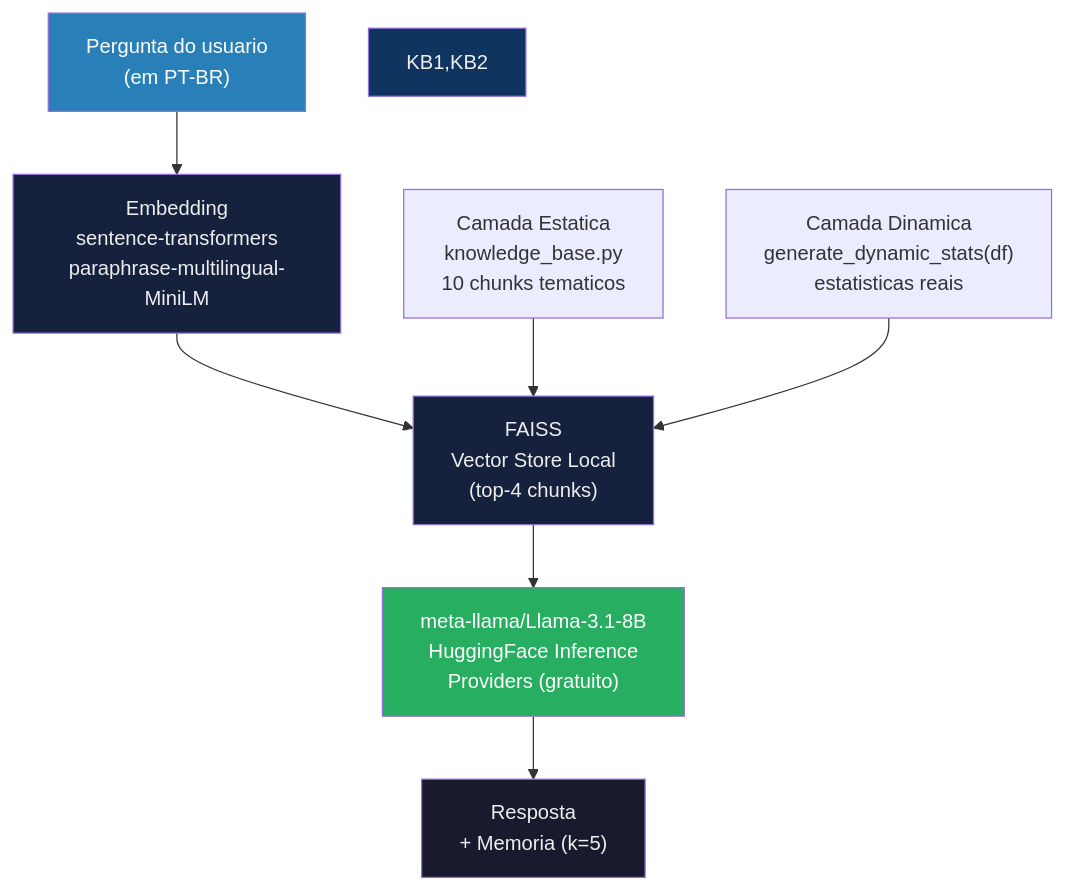
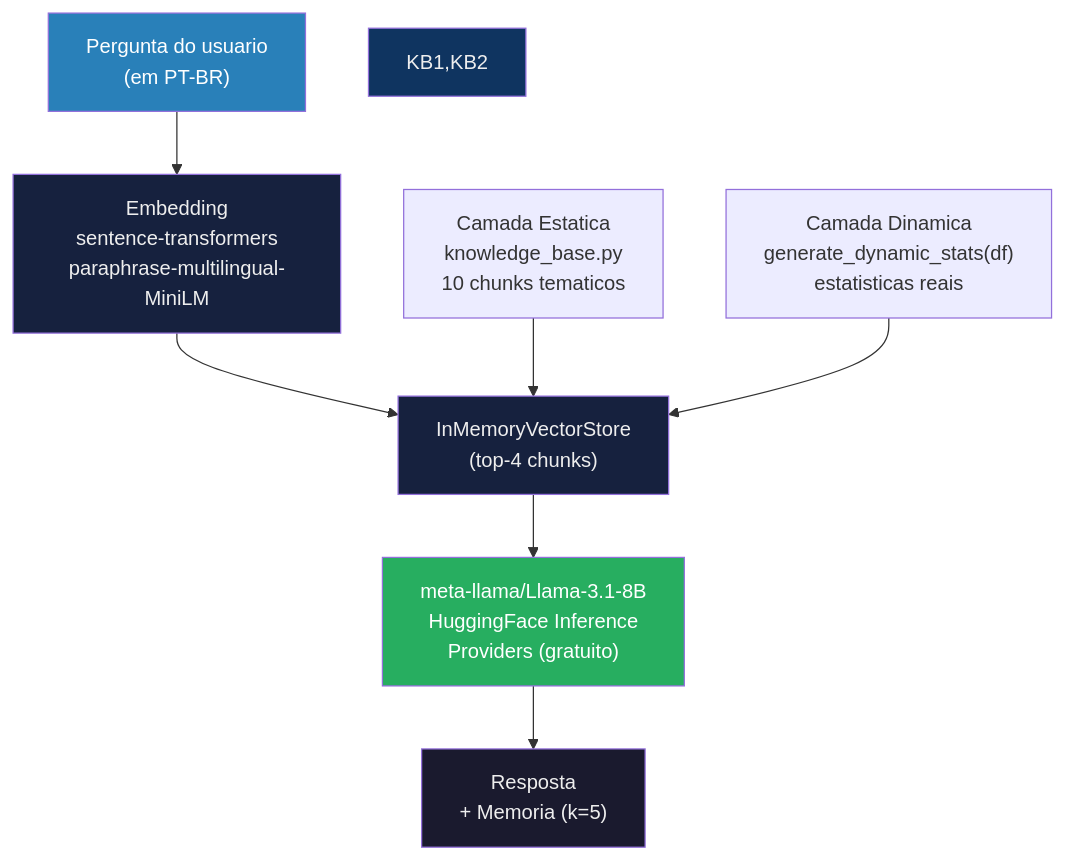
The fourth of 5 diagrams in README.md (cavalcanteprofissional/sanova-micromedicao-dashboard), drawn with Mermaid before and after one commit. The commit also changed other lines of this file, not shown here.

Commit message:
docs: atualizar README - FAISS -> InMemoryVectorStore e Stack como tabela

````diff
--- a/README.md
+++ b/README.md
@@ -170,18 +170,18 @@
 ```mermaid
 flowchart TD
     Q["Pergunta do usuario\n(em PT-BR)"]
         --> EMB["Embedding\nsentence-transformers\nparaphrase-multilingual-MiniLM"]
-        --> FAISS["FAISS\nVector Store Local\n(top-4 chunks)"]
+        --> VEC["InMemoryVectorStore\n(top-4 chunks)"]
         --> LLM["meta-llama/Llama-3.1-8B\nHuggingFace Inference\nProviders (gratuito)"]
         --> A["Resposta\n+ Memoria (k=5)"]
 
-    KB1["Camada Estatica\nknowledge_base.py\n10 chunks tematicos"] --> FAISS
-    KB2["Camada Dinamica\ngenerate_dynamic_stats(df)\nestatisticas reais"] --> FAISS
+    KB1["Camada Estatica\nknowledge_base.py\n10 chunks tematicos"] --> VEC
+    KB2["Camada Dinamica\ngenerate_dynamic_stats(df)\nestatisticas reais"] --> VEC
 
     style Q fill:#2980B9,color:#fff
     style EMB fill:#16213e,color:#eee
-    style FAISS fill:#16213e,color:#eee
+    style VEC fill:#16213e,color:#eee
     style LLM fill:#27AE60,color:#fff
     style A fill:#1a1a2e,color:#eee
     style KB1,KB2 fill:#0f3460,color:#eee
 ```
````
